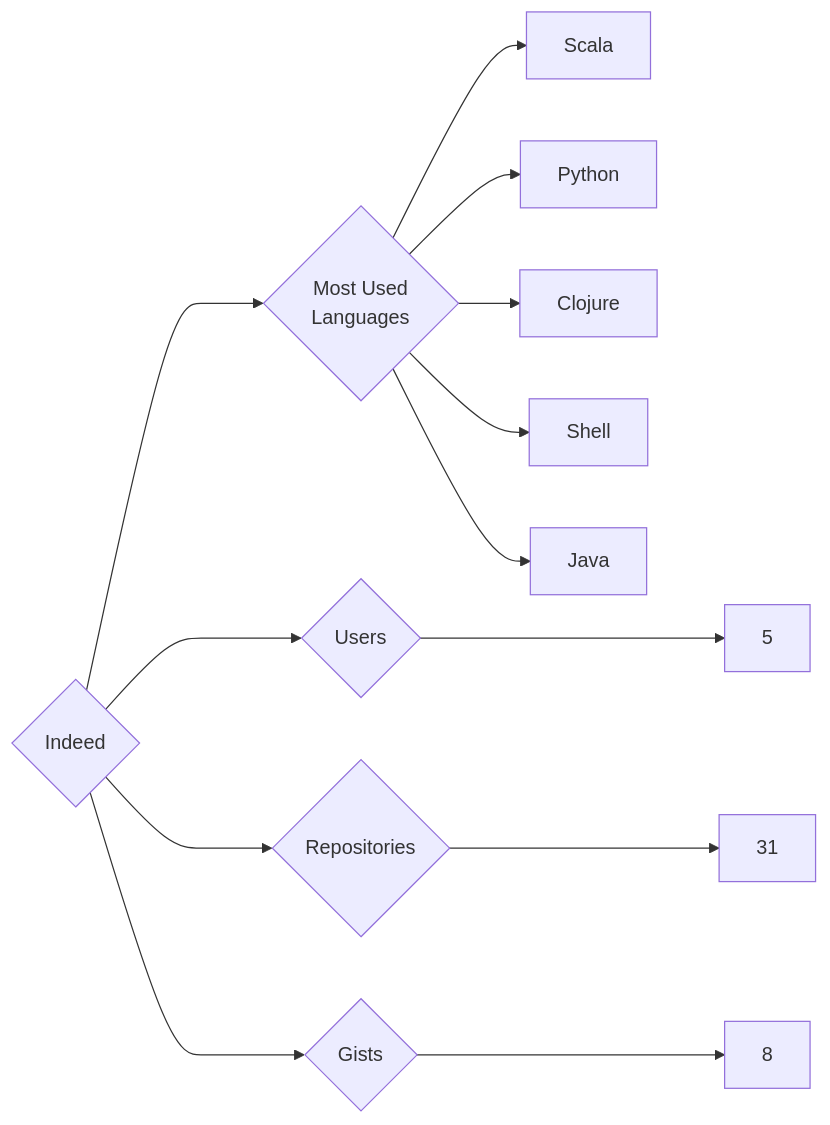
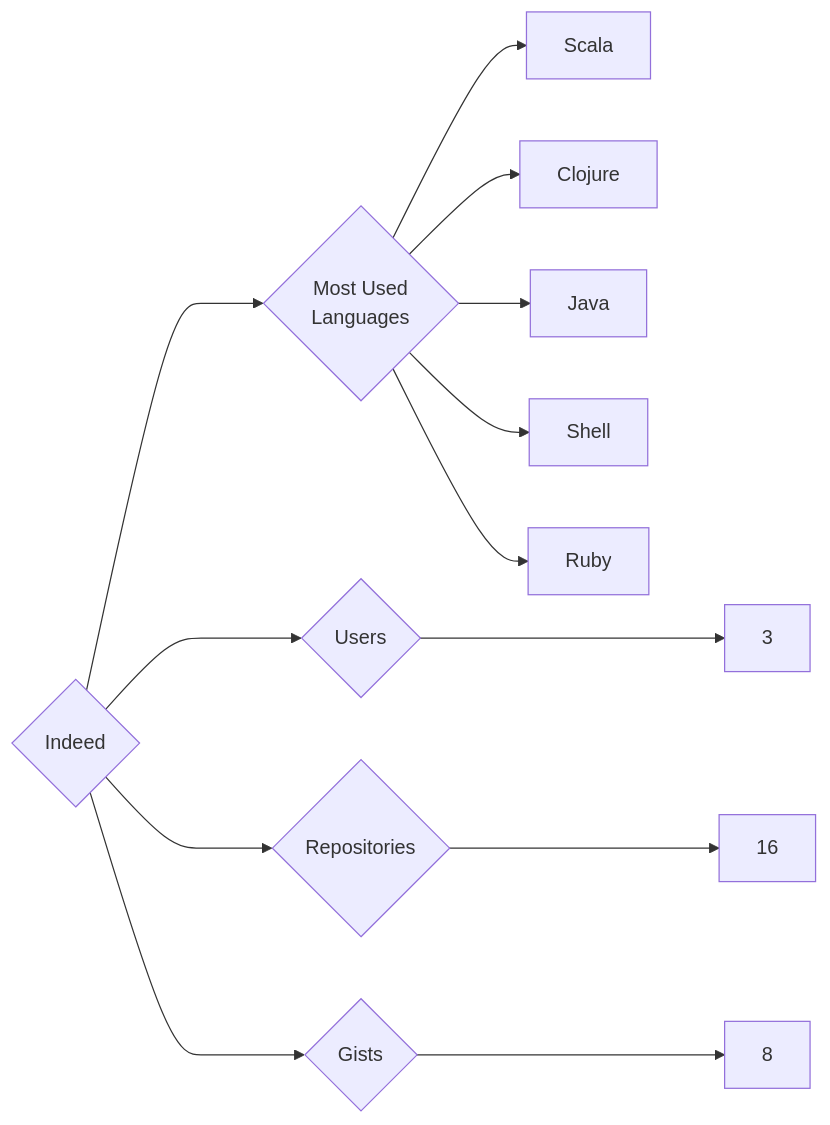
Before and after one commit to trickest/insiders: the diagram in targets/Indeed/README.md, drawn with Mermaid. The commit also changed 783 other files, not shown here.

````diff
--- a/targets/Indeed/README.md
+++ b/targets/Indeed/README.md
@@ -3,13 +3,13 @@
 ```mermaid
 graph LR
 COMPANY_NAME{Indeed}
-COMPANY_NAME ---> U{Users} ---> UN[5]
-COMPANY_NAME ---> R{Repositories} ---> RN[31]
+COMPANY_NAME ---> U{Users} ---> UN[3]
+COMPANY_NAME ---> R{Repositories} ---> RN[16]
 COMPANY_NAME ---> G{Gists} ---> GN[8]
 COMPANY_NAME ---> ML{Most Used<br>Languages}
 ML --> Scala[Scala]
-ML --> Python[Python]
 ML --> Clojure[Clojure]
+ML --> Java[Java]
 ML --> Shell[Shell]
-ML --> Java[Java]
+ML --> Ruby[Ruby]
 ```
````
